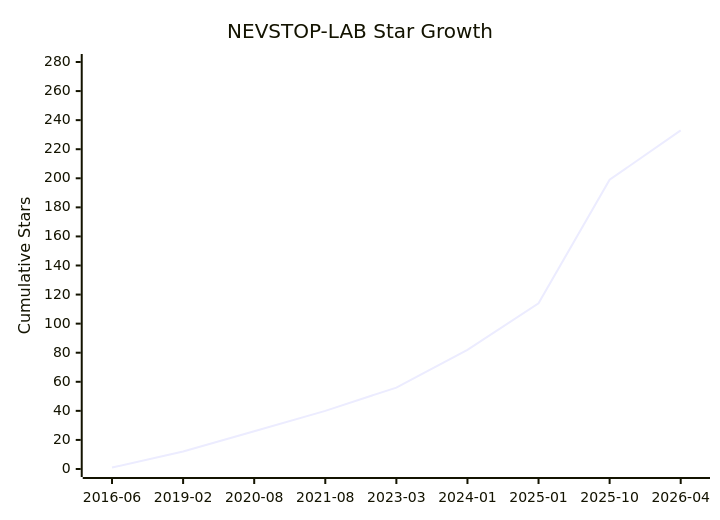
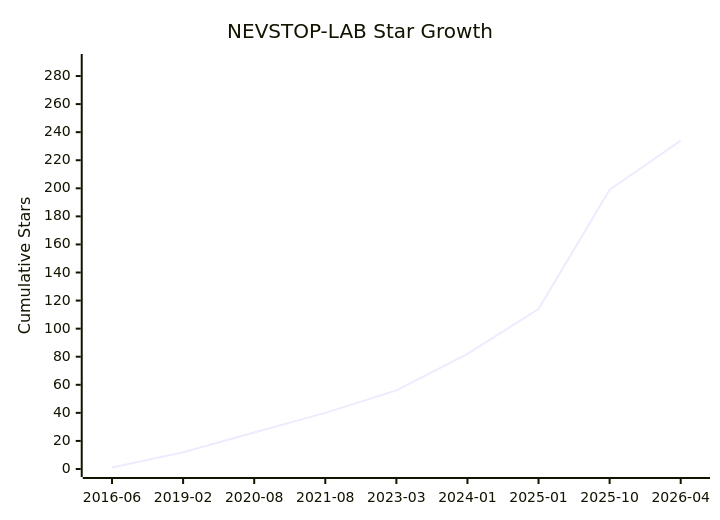
One commit to NEVSTOP-LAB/.github changed the diagram in Star-History.md. Above: the diagram before and after it, drawn with Mermaid. The commit also changed other lines of this file, not shown here.

````diff
--- a/Star-History.md
+++ b/Star-History.md
@@ -8,7 +8,7 @@
 ```mermaid
 xychart-beta
     title "NEVSTOP-LAB Star Growth"
     x-axis ["2016-06", "2019-02", "2020-08", "2021-08", "2023-03", "2024-01", "2025-01", "2025-10", "2026-04"]
-    y-axis "Cumulative Stars" 0 --> 280
-    line [1, 12, 26, 40, 56, 82, 114, 199, 233]
+    y-axis "Cumulative Stars" 0 --> 290
+    line [1, 12, 26, 40, 56, 82, 114, 199, 234]
 ```
````
